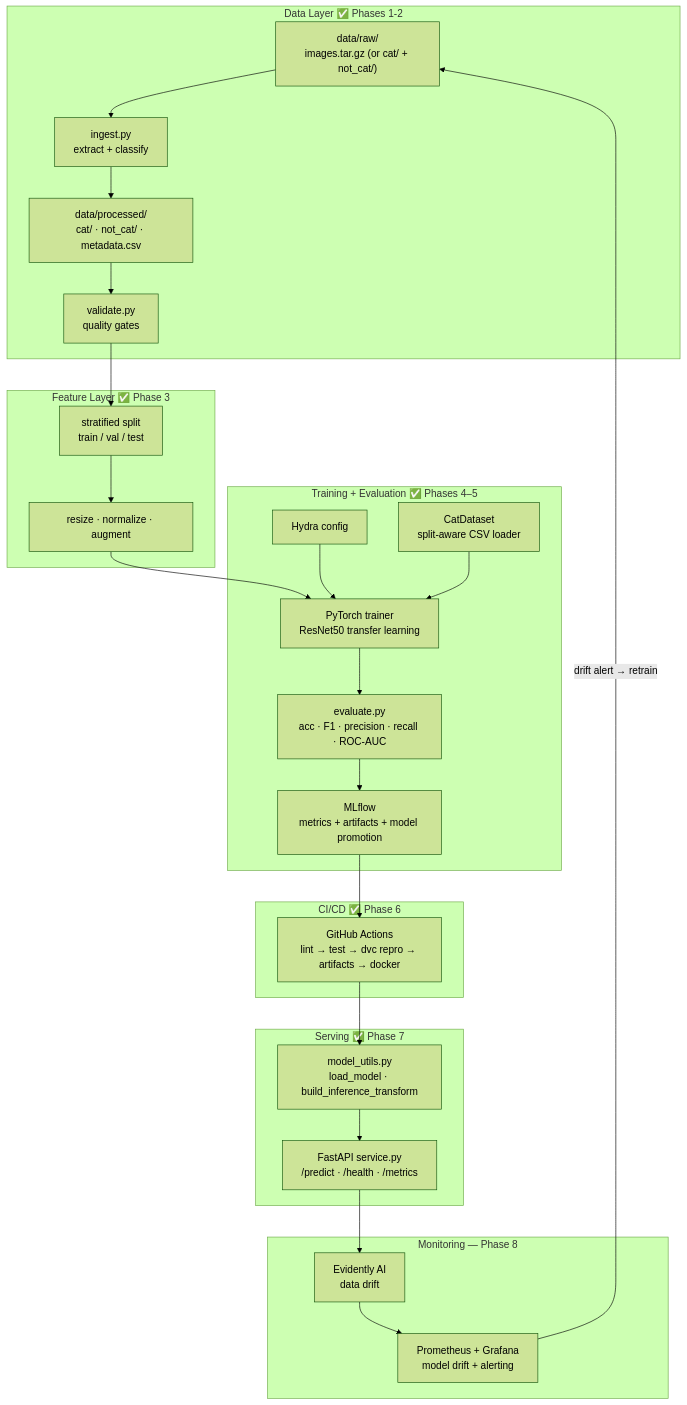
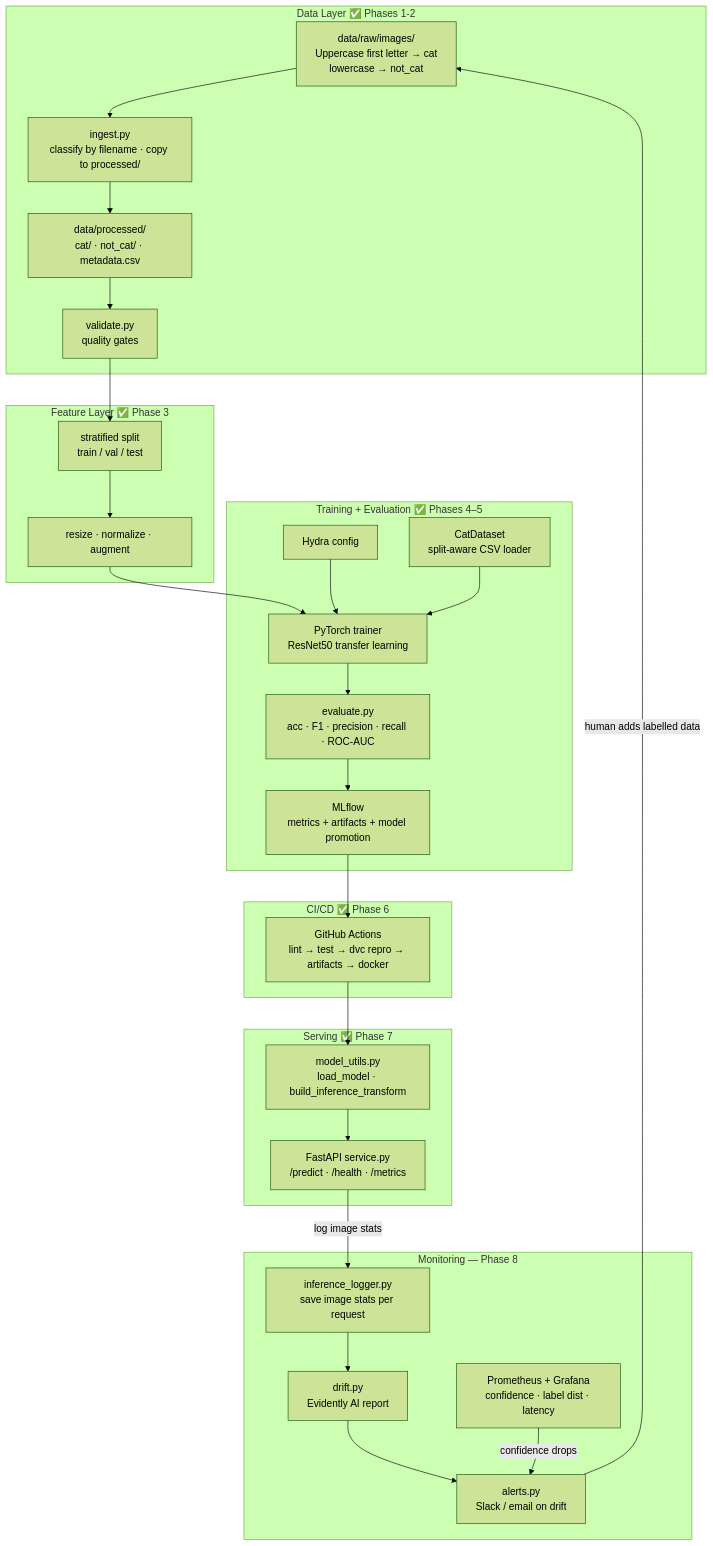
One commit to afonsocosta90/purr-duction-pipeline changed the first of 7 diagrams in docs/Architecture.md. Above: the diagram before and after it, drawn with Mermaid (forest theme). The commit also changed other lines of this file and 3 other files, not shown here.

Commit message:
docs: update Architecture.md [skip ci]

````diff
--- a/docs/Architecture.md
+++ b/docs/Architecture.md
@@ -44,38 +44,42 @@
 ```mermaid
 flowchart TD
     subgraph Data["Data Layer ✅ Phases 1-2"]
-        RAW["data/raw/<br/>images.tar.gz (or cat/ + not_cat/)"]
-        INGEST["ingest.py<br/>extract + classify"]
+        RAW["data/raw/images/<br/>Uppercase first letter → cat<br/>lowercase → not_cat"]
+        INGEST["ingest.py<br/>classify by filename · copy to processed/"]
         PROC["data/processed/<br/>cat/ · not_cat/ · metadata.csv"]
         VAL["validate.py<br/>quality gates"]
     end
     subgraph Features["Feature Layer ✅ Phase 3"]
         SPLIT["stratified split<br/>train / val / test"]
         FEAT["resize · normalize · augment"]
     end
     subgraph Training["Training + Evaluation ✅ Phases 4–5"]
         HYDRA["Hydra config"]
         DS["CatDataset<br/>split-aware CSV loader"]
         TRAIN["PyTorch trainer<br/>ResNet50 transfer learning"]
         EVAL["evaluate.py<br/>acc · F1 · precision · recall · ROC-AUC"]
         MLFLOW["MLflow<br/>metrics + artifacts + model promotion"]
     end
     subgraph CICD["CI/CD ✅ Phase 6"]
         GH["GitHub Actions<br/>lint → test → dvc repro → artifacts → docker"]
     end
     subgraph Serving["Serving ✅ Phase 7"]
         UTILS["model_utils.py<br/>load_model · build_inference_transform"]
         API["FastAPI service.py<br/>/predict · /health · /metrics"]
     end
     subgraph Monitor["Monitoring — Phase 8"]
-        EVIDENTLY["Evidently AI<br/>data drift"]
-        PROM["Prometheus + Grafana<br/>model drift + alerting"]
+        LOG["inference_logger.py<br/>save image stats per request"]
+        DRIFT["drift.py<br/>Evidently AI report"]
+        PROM2["Prometheus + Grafana<br/>confidence · label dist · latency"]
+        ALERT["alerts.py<br/>Slack / email on drift"]
     end
     RAW --> INGEST --> PROC --> VAL
     VAL --> SPLIT --> FEAT --> TRAIN
     HYDRA --> TRAIN
     DS --> TRAIN --> EVAL --> MLFLOW
     MLFLOW --> GH --> UTILS --> API
-    API --> EVIDENTLY --> PROM
-    PROM -->|"drift alert → retrain"| RAW
+    API -->|"log image stats"| LOG
+    LOG --> DRIFT --> ALERT
+    PROM2 -->|"confidence drops"| ALERT
+    ALERT -->|"human adds labelled data"| RAW
 ```
````
